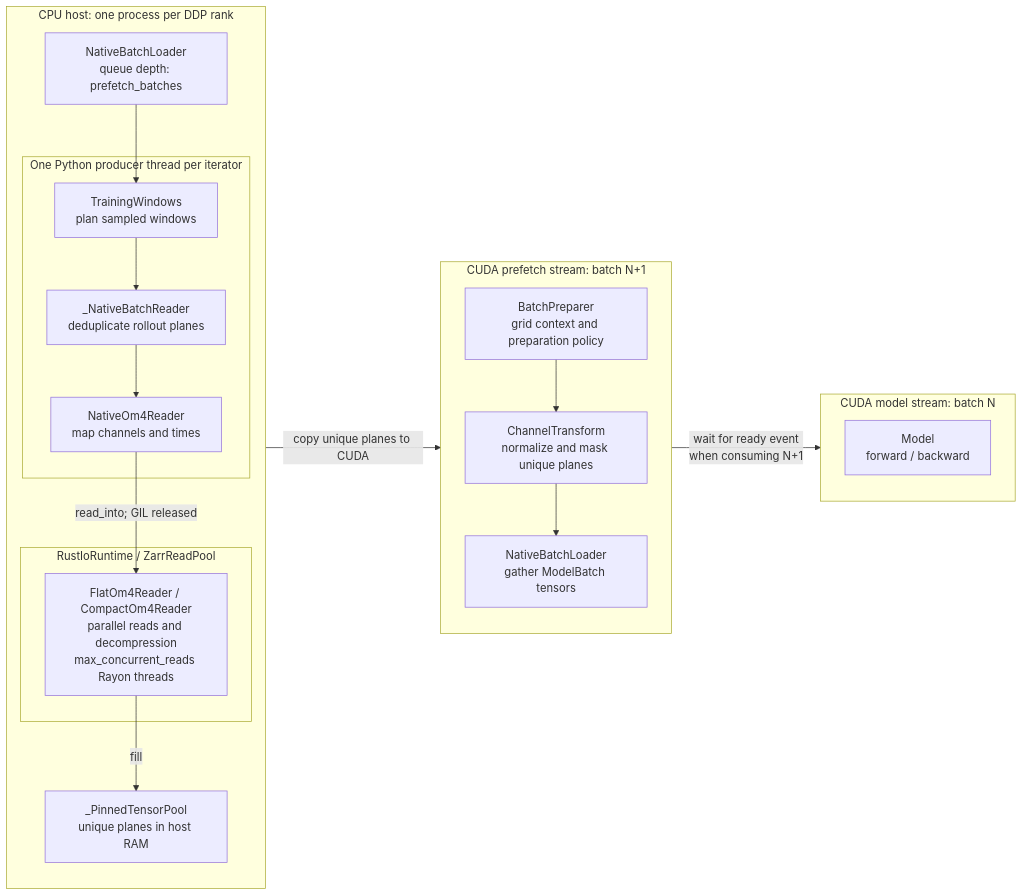
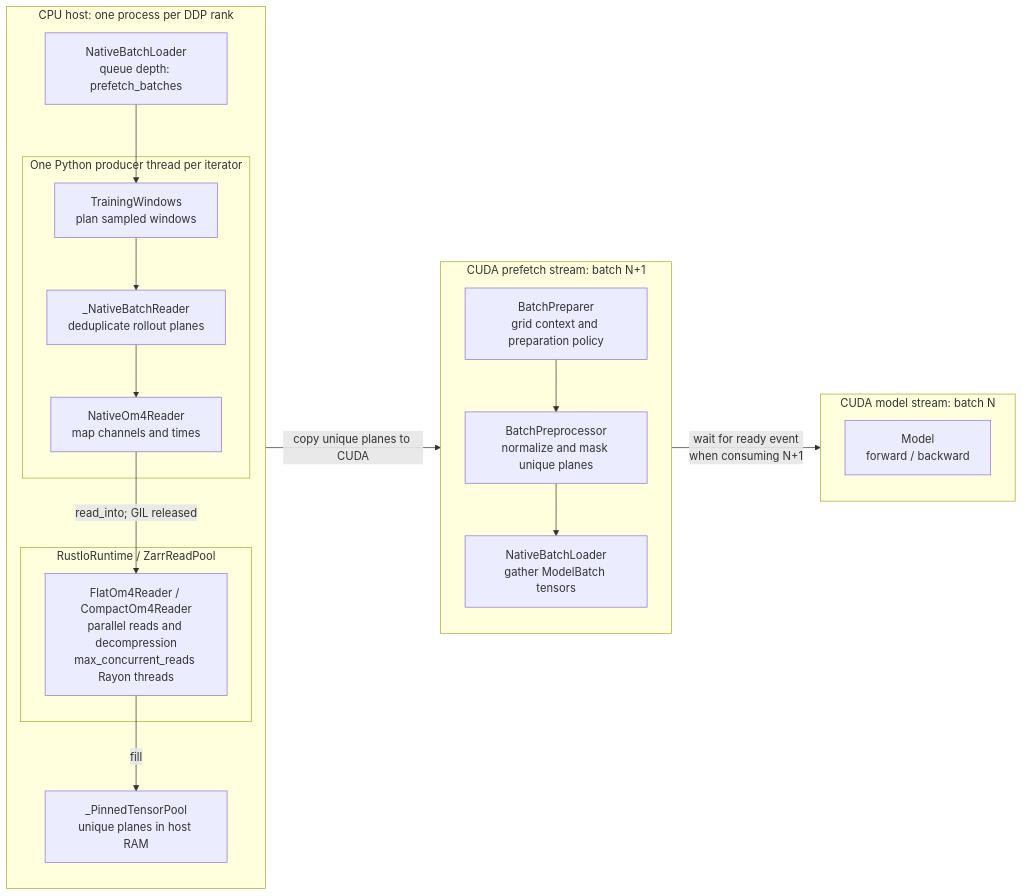
The diagram in docs/rust-data-loader.md (m2lines/Samudra), drawn with Mermaid before and after one commit. The commit also changed other lines of this file and 15 other files, not shown here.

Commit message:
Keep the existing BatchPreprocessor name

````diff
--- a/docs/rust-data-loader.md
+++ b/docs/rust-data-loader.md
@@ -49,34 +49,34 @@
 ```mermaid
 flowchart LR
     subgraph HOST["CPU host: one process per DDP rank"]
         direction TB
         L["NativeBatchLoader<br/>queue depth: prefetch_batches"]
         subgraph PRODUCER["One Python producer thread per iterator"]
             W["TrainingWindows<br/>plan sampled windows"]
             D["_NativeBatchReader<br/>deduplicate rollout planes"]
             R["NativeOm4Reader<br/>map channels and times"]
             W --> D --> R
         end
         L --> W
         subgraph IO["RustIoRuntime / ZarrReadPool"]
             READ["FlatOm4Reader / CompactOm4Reader<br/>parallel reads and decompression<br/>max_concurrent_reads Rayon threads"]
         end
         R -->|"read_into; GIL released"| READ
         READ -->|"fill"| P["_PinnedTensorPool<br/>unique planes in host RAM"]
     end
 
     subgraph PREFETCH["CUDA prefetch stream: batch N+1"]
         direction TB
         B["BatchPreparer<br/>grid context and preparation policy"]
-        C["ChannelTransform<br/>normalize and mask unique planes"]
+        C["BatchPreprocessor<br/>normalize and mask unique planes"]
         G["NativeBatchLoader<br/>gather ModelBatch tensors"]
         B --> C --> G
     end
 
     subgraph COMPUTE["CUDA model stream: batch N"]
         M["Model<br/>forward / backward"]
     end
 
     HOST -->|"copy unique planes to CUDA"| PREFETCH
     PREFETCH -->|"wait for ready event<br/>when consuming N+1"| COMPUTE
 ```
````
